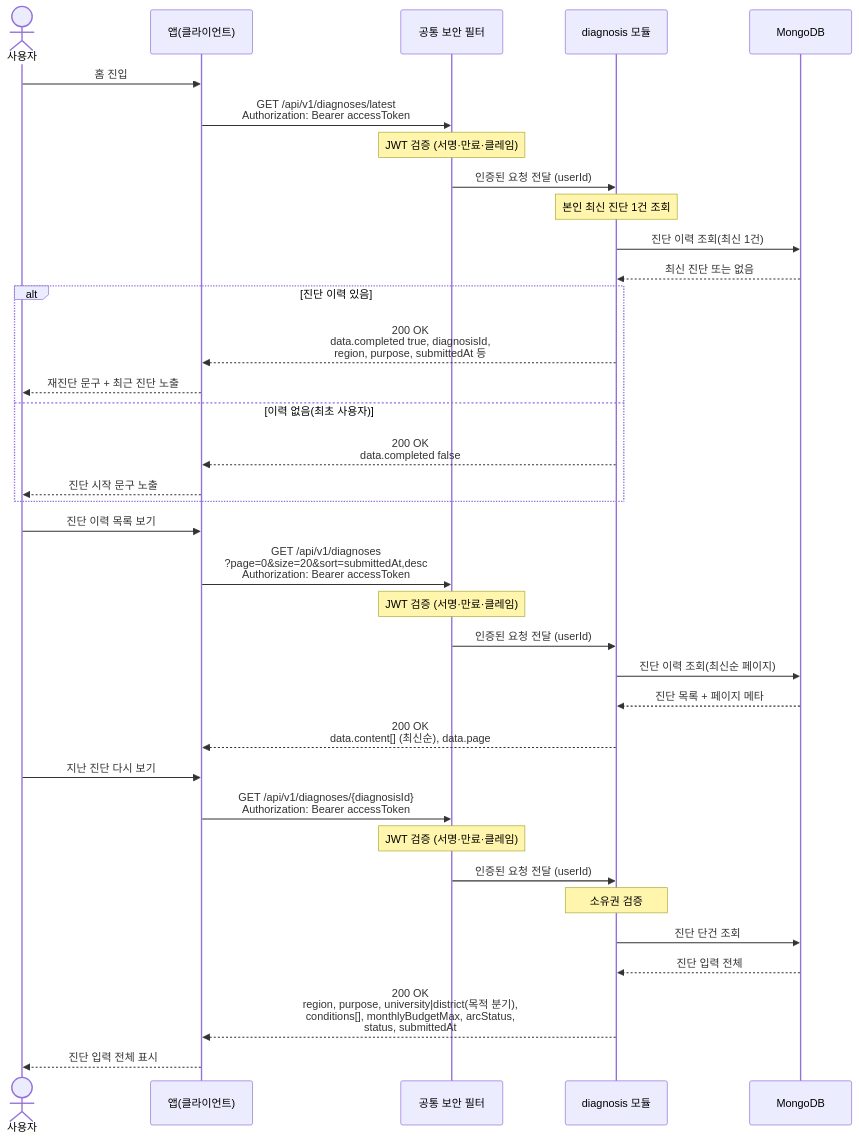
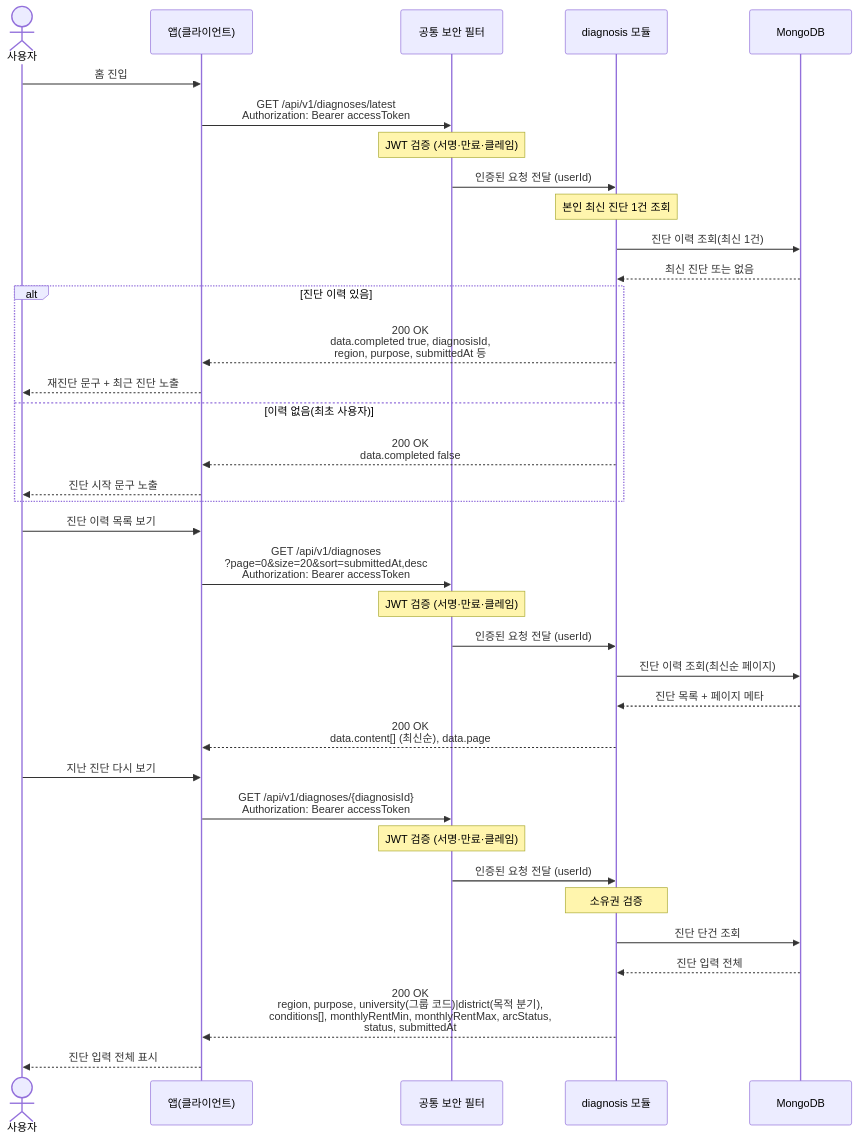
The diagram in docs/architecture/sequence-diagrams/02-diagnosis-recommendation/us-2-3-diagnosis-history.md (jameskim9509/Kohere-backend), drawn with Mermaid before and after one commit. The commit also changed other lines of this file and 10 other files, not shown here.

````diff
--- a/docs/architecture/sequence-diagrams/02-diagnosis-recommendation/us-2-3-diagnosis-history.md
+++ b/docs/architecture/sequence-diagrams/02-diagnosis-recommendation/us-2-3-diagnosis-history.md
@@ -5,41 +5,41 @@
 ```mermaid
 sequenceDiagram
     actor U as 사용자
     participant C as 앱(클라이언트)
     participant SEC as 공통 보안 필터
     participant DIAG as diagnosis 모듈
     participant DB as MongoDB
 
     U->>C: 홈 진입
     C->>SEC: GET /api/v1/diagnoses/latest<br/>Authorization: Bearer accessToken
     Note over SEC: JWT 검증 (서명·만료·클레임)
     SEC->>DIAG: 인증된 요청 전달 (userId)
     Note over DIAG: 본인 최신 진단 1건 조회
     DIAG->>DB: 진단 이력 조회(최신 1건)
     DB-->>DIAG: 최신 진단 또는 없음
     alt 진단 이력 있음
         DIAG-->>C: 200 OK<br/>data.completed true, diagnosisId,<br/>region, purpose, submittedAt 등
         C-->>U: 재진단 문구 + 최근 진단 노출
     else 이력 없음(최초 사용자)
         DIAG-->>C: 200 OK<br/>data.completed false
         C-->>U: 진단 시작 문구 노출
     end
 
     U->>C: 진단 이력 목록 보기
     C->>SEC: GET /api/v1/diagnoses<br/>?page=0&size=20&sort=submittedAt,desc<br/>Authorization: Bearer accessToken
     Note over SEC: JWT 검증 (서명·만료·클레임)
     SEC->>DIAG: 인증된 요청 전달 (userId)
     DIAG->>DB: 진단 이력 조회(최신순 페이지)
     DB-->>DIAG: 진단 목록 + 페이지 메타
     DIAG-->>C: 200 OK<br/>data.content[] (최신순), data.page
 
     U->>C: 지난 진단 다시 보기
     C->>SEC: GET /api/v1/diagnoses/{diagnosisId}<br/>Authorization: Bearer accessToken
     Note over SEC: JWT 검증 (서명·만료·클레임)
     SEC->>DIAG: 인증된 요청 전달 (userId)
     Note over DIAG: 소유권 검증
     DIAG->>DB: 진단 단건 조회
     DB-->>DIAG: 진단 입력 전체
-    DIAG-->>C: 200 OK<br/>region, purpose, university|district(목적 분기),<br/>conditions[], monthlyBudgetMax, arcStatus,<br/>status, submittedAt
+    DIAG-->>C: 200 OK<br/>region, purpose, university(그룹 코드)|district(목적 분기),<br/>conditions[], monthlyRentMin, monthlyRentMax, arcStatus,<br/>status, submittedAt
     C-->>U: 진단 입력 전체 표시
 ```
````
